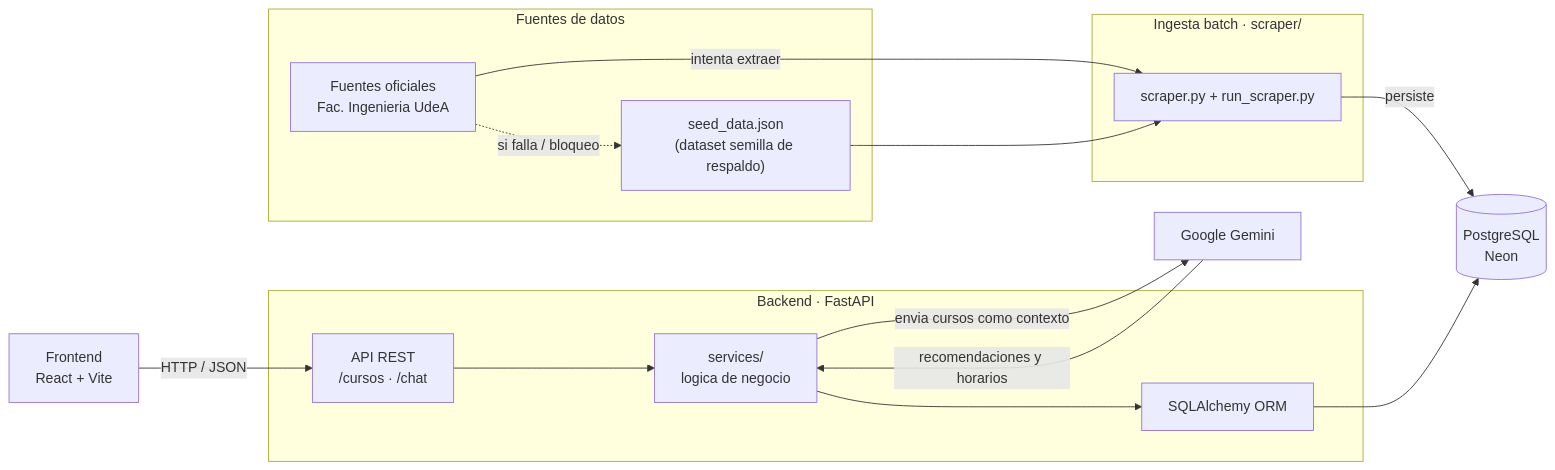
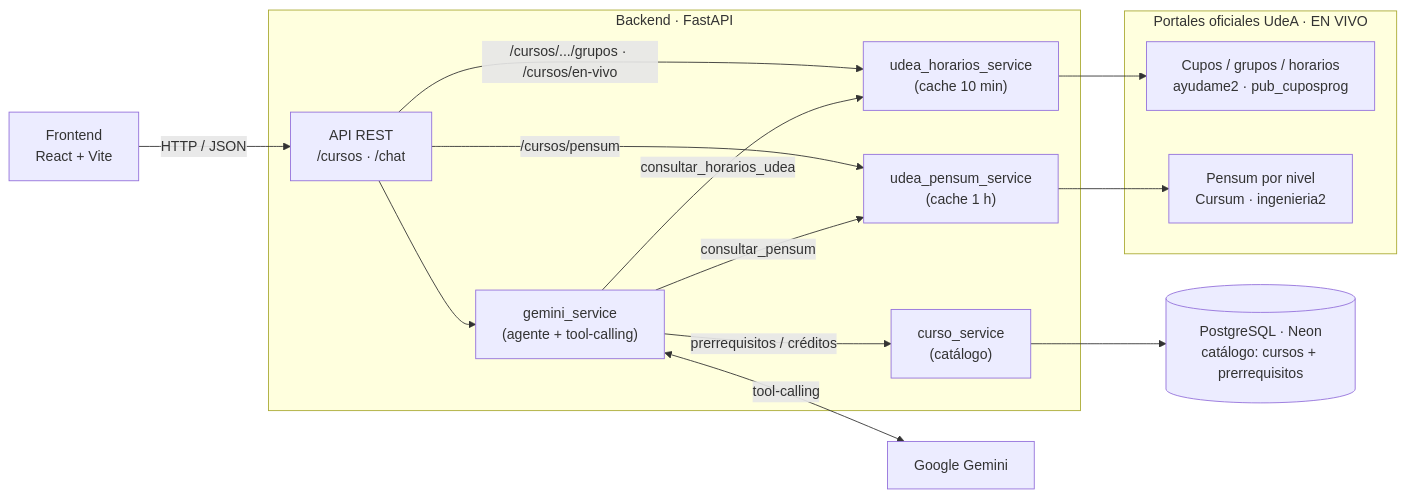
The first of 2 diagrams in README.md (JisusTQ/planeai-udea), drawn with Mermaid before and after one commit. The commit also changed other lines of this file and 1 other file, not shown here.

Commit message:
docs: update README to reflect live data integration from UdeA portals and API structure

````diff
--- a/README.md
+++ b/README.md
@@ -31,31 +38,28 @@
 ```mermaid
 flowchart LR
-    subgraph FUENTES["Fuentes de datos"]
-        OF["Fuentes oficiales<br/>Fac. Ingenieria UdeA"]
-        SEED["seed_data.json<br/>(dataset semilla de respaldo)"]
-    end
-
-    subgraph INGESTA["Ingesta batch · scraper/"]
-        SC["scraper.py + run_scraper.py"]
+    subgraph PORTALES["Portales oficiales UdeA · EN VIVO"]
+        CUP["Cupos / grupos / horarios<br/>ayudame2 · pub_cuposprog"]
+        PEN["Pensum por nivel<br/>Cursum · ingenieria2"]
     end
 
     subgraph BACKEND["Backend · FastAPI"]
         API["API REST<br/>/cursos · /chat"]
-        SVC["services/<br/>logica de negocio"]
-        ORM["SQLAlchemy ORM"]
+        AG["gemini_service<br/>(agente + tool-calling)"]
+        HS["udea_horarios_service<br/>(cache 10 min)"]
+        PS["udea_pensum_service<br/>(cache 1 h)"]
+        CS["curso_service<br/>(catálogo)"]
     end
 
-    DB[("PostgreSQL<br/>Neon")]
+    DB[("PostgreSQL · Neon<br/>catálogo: cursos + prerrequisitos")]
     GEM["Google Gemini"]
     FE["Frontend<br/>React + Vite"]
 
-    OF -->|intenta extraer| SC
-    OF -.->|si falla / bloqueo| SEED
-    SEED --> SC
-    SC -->|persiste| DB
-
     FE -->|HTTP / JSON| API
-    API --> SVC --> ORM --> DB
-    SVC -->|envia cursos como contexto| GEM
-    GEM -->|recomendaciones y horarios| SVC
+    API --> AG
+    AG <-->|tool-calling| GEM
+    AG -->|consultar_horarios_udea| HS --> CUP
+    AG -->|consultar_pensum| PS --> PEN
+    AG -->|prerrequisitos / créditos| CS --> DB
+    API -->|/cursos/.../grupos · /cursos/en-vivo| HS
+    API -->|/cursos/pensum| PS
 ```
````
